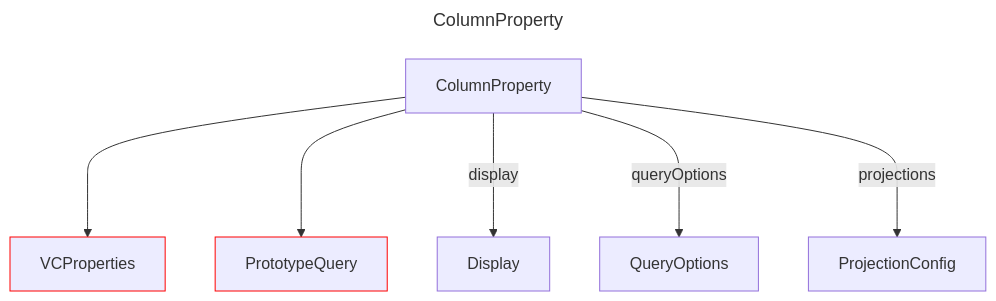
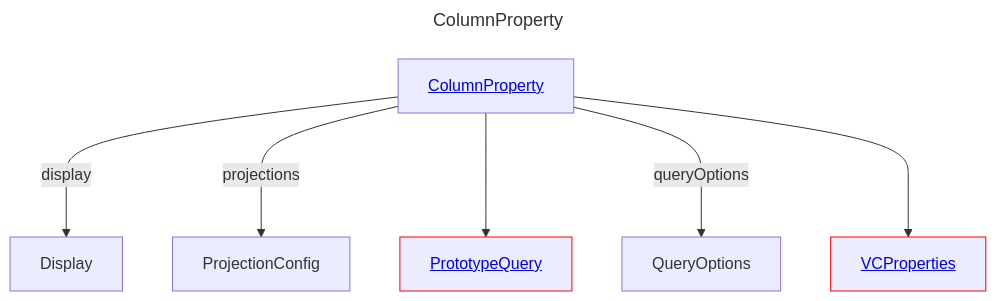
One commit to douglassimonsen/pbi_core changed the diagram in docs/docs/layout/erd/ColumnProperty.md. Above: the diagram before and after it, drawn with Mermaid. The commit also changed 76 other files, not shown here.

````diff
--- a/docs/docs/layout/erd/ColumnProperty.md
+++ b/docs/docs/layout/erd/ColumnProperty.md
@@ -1,19 +1,19 @@
 ```mermaid
 ---
 title: ColumnProperty
 ---
 graph 
-2430552678256["ColumnProperty"]
-2430514799136["ProjectionConfig"]
-2430514810848["Display"]
-2430514805968["VCProperties"]
-style 2430514805968 stroke:#ff0000,stroke-width:1px
-2430071951472["PrototypeQuery"]
-style 2430071951472 stroke:#ff0000,stroke-width:1px
-2430514817680["QueryOptions"]
-2430552678256 ---> 2430514805968
-2430552678256 ---> 2430071951472
-2430552678256 --->|display| 2430514810848
-2430552678256 --->|queryOptions| 2430514817680
-2430552678256 --->|projections| 2430514799136
+ColumnProperty[<a href='/layout/erd/ColumnProperty'>ColumnProperty</a>]
+Display[Display]
+ProjectionConfig[ProjectionConfig]
+PrototypeQuery[<a href='/layout/erd/PrototypeQuery'>PrototypeQuery</a>]
+style PrototypeQuery stroke:#ff0000,stroke-width:1px
+QueryOptions[QueryOptions]
+VCProperties[<a href='/layout/erd/VCProperties'>VCProperties</a>]
+style VCProperties stroke:#ff0000,stroke-width:1px
+ColumnProperty --->|display| Display
+ColumnProperty --->|projections| ProjectionConfig
+ColumnProperty ---> PrototypeQuery
+ColumnProperty --->|queryOptions| QueryOptions
+ColumnProperty ---> VCProperties
 ```
````
